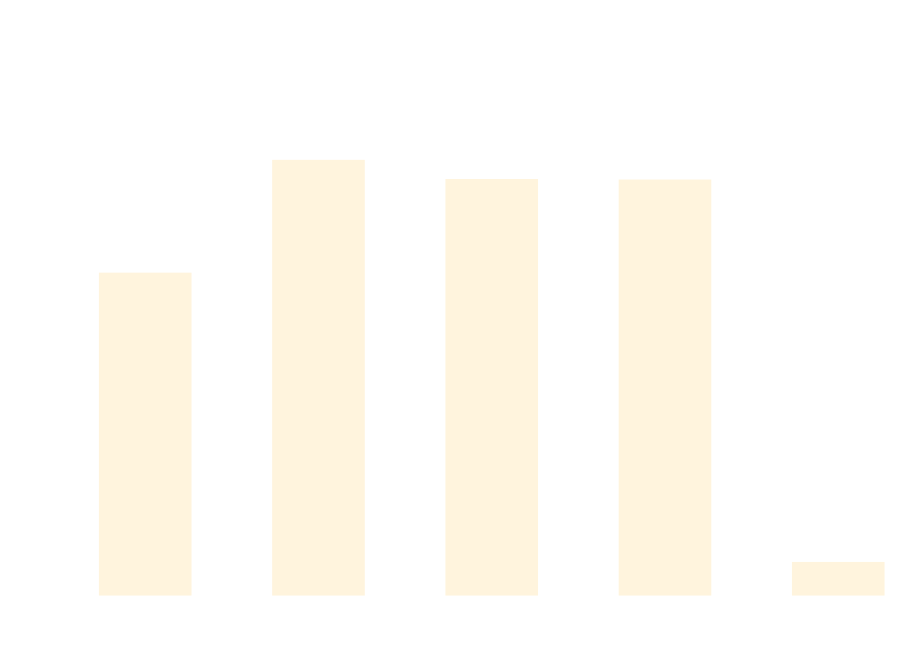
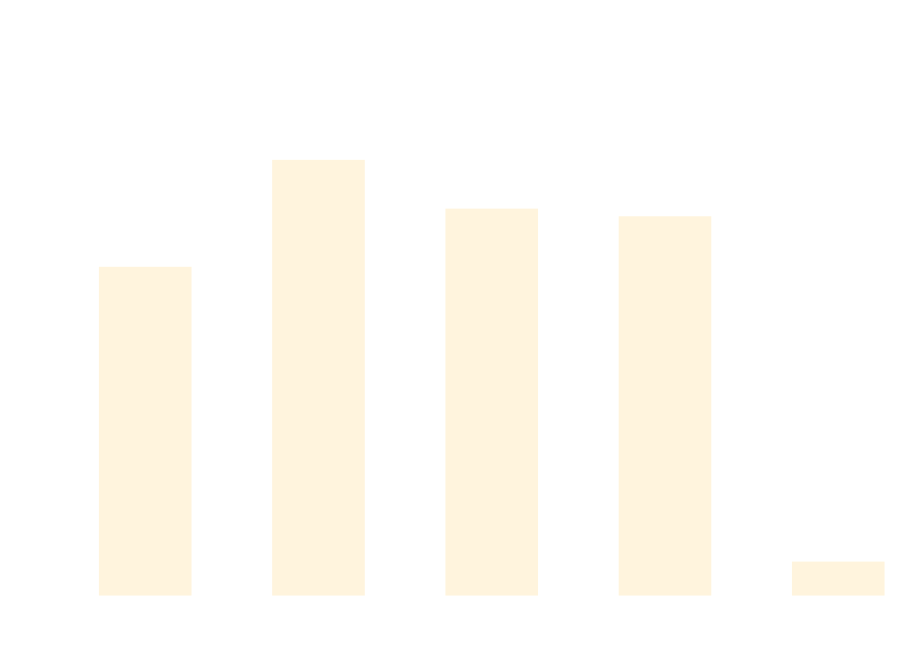
Before and after one commit to thomhurst/TUnit: the diagram in docs/docs/benchmarks/ScaleTests.md, drawn with Mermaid. The commit also changed other lines of this file and 17 other files, not shown here.

````diff
--- a/docs/docs/benchmarks/ScaleTests.md
+++ b/docs/docs/benchmarks/ScaleTests.md
@@ -27,37 +27,37 @@
 ```mermaid
 %%{init: {
   'theme':'base',
   'themeVariables': {
     'primaryColor': '#2563eb',
     'primaryTextColor': '#ffffff',
     'primaryBorderColor': '#1e40af',
     'lineColor': '#6b7280',
     'secondaryColor': '#7c3aed',
     'tertiaryColor': '#dc2626',
     'background': '#ffffff',
     'mainBkg': '#2563eb',
     'secondBkg': '#7c3aed',
     'tertiaryBkg': '#dc2626',
     'clusterBkg': '#f3f4f6',
     'edgeLabelBackground': '#ffffff',
     'tertiaryTextColor': '#1f2937',
     'pie1': '#2563eb',
     'pie2': '#7c3aed',
     'pie3': '#dc2626',
     'pie4': '#f59e0b',
     'pie5': '#10b981',
     'pie6': '#06b6d4',
     'pie7': '#ec4899',
     'pie8': '#6366f1',
     'pie9': '#84cc16',
     'pie10': '#f97316',
     'pie11': '#14b8a6',
     'pie12': '#a855f7'
   }
 }}%%
 xychart-beta
   title "ScaleTests Performance Comparison"
   x-axis ["TUnit", "NUnit", "MSTest", "xUnit3", "TUnit_AOT"]
-  y-axis "Time (ms)" 0 --> 847
-  bar [518.74, 705.62, 673.9, 672.99, 39.44]
+  y-axis "Time (ms)" 0 --> 814
+  bar [507.86, 678.1, 600.48, 588.27, 38.45]
 ```
````
